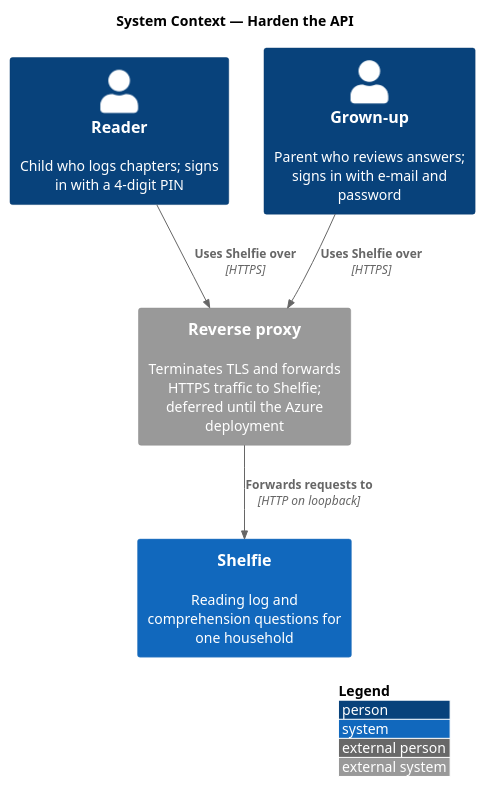
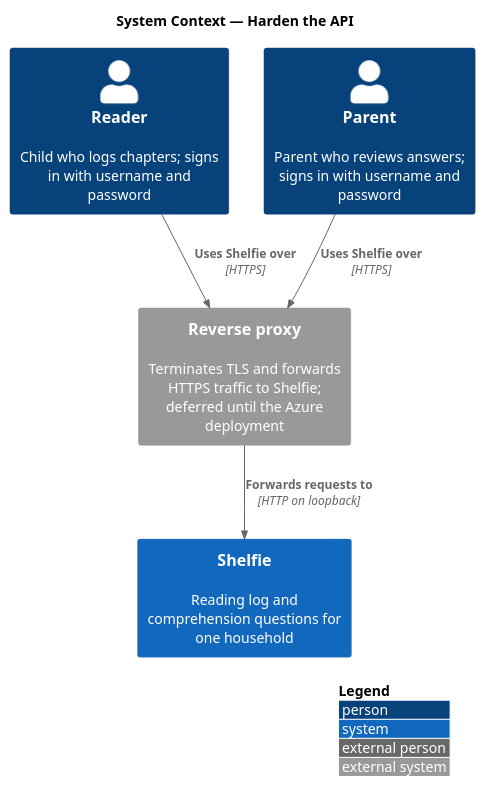
One commit to QuinntyneBrown/shelfie changed the diagram in docs/detailed-designs/platform/harden-api/diagrams/c4-context.puml. Above: the diagram before and after it, drawn with PlantUML. The commit also changed 313 other files, not shown here.

```diff
--- a/docs/detailed-designs/platform/harden-api/diagrams/c4-context.puml
+++ b/docs/detailed-designs/platform/harden-api/diagrams/c4-context.puml
@@ -1,14 +1,14 @@
 @startuml
 !include <C4/C4_Context>
 LAYOUT_WITH_LEGEND()
 title System Context — Harden the API
 
-Person(reader, "Reader", "Child who logs chapters; signs in with a 4-digit PIN")
-Person(grownUp, "Grown-up", "Parent who reviews answers; signs in with e-mail and password")
+Person(reader, "Reader", "Child who logs chapters; signs in with username and password")
+Person(grownUp, "Parent", "Parent who reviews answers; signs in with username and password")
 System(shelfie, "Shelfie", "Reading log and comprehension questions for one household")
 System_Ext(proxy, "Reverse proxy", "Terminates TLS and forwards HTTPS traffic to Shelfie; deferred until the Azure deployment")
 
 Rel(reader, proxy, "Uses Shelfie over", "HTTPS")
 Rel(grownUp, proxy, "Uses Shelfie over", "HTTPS")
 Rel(proxy, shelfie, "Forwards requests to", "HTTP on loopback")
 @enduml
```
